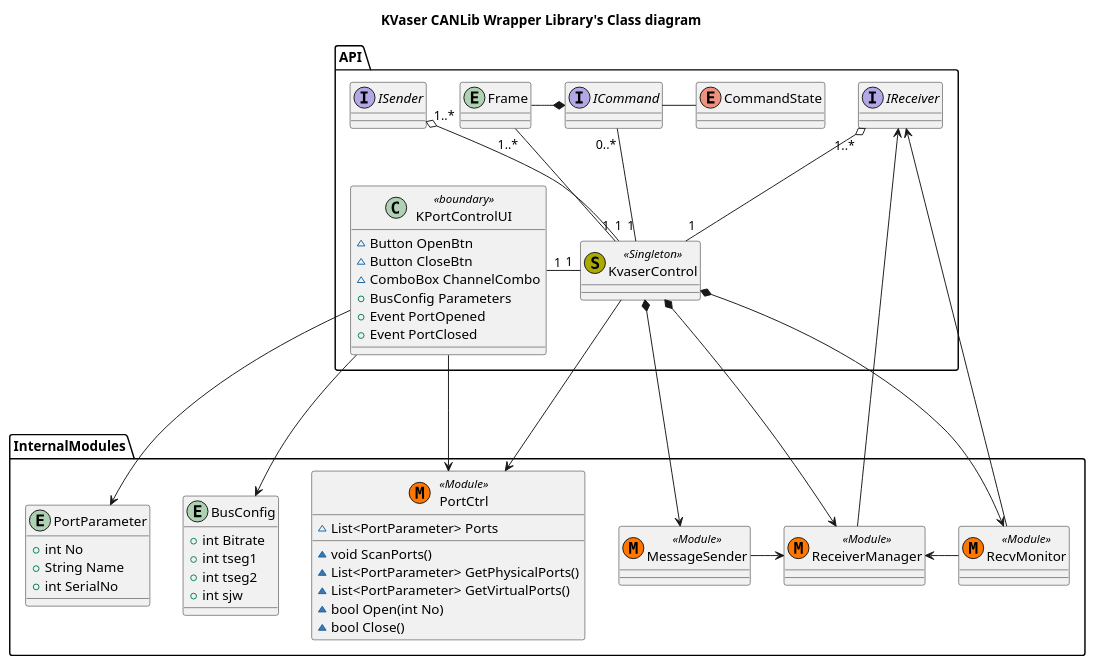
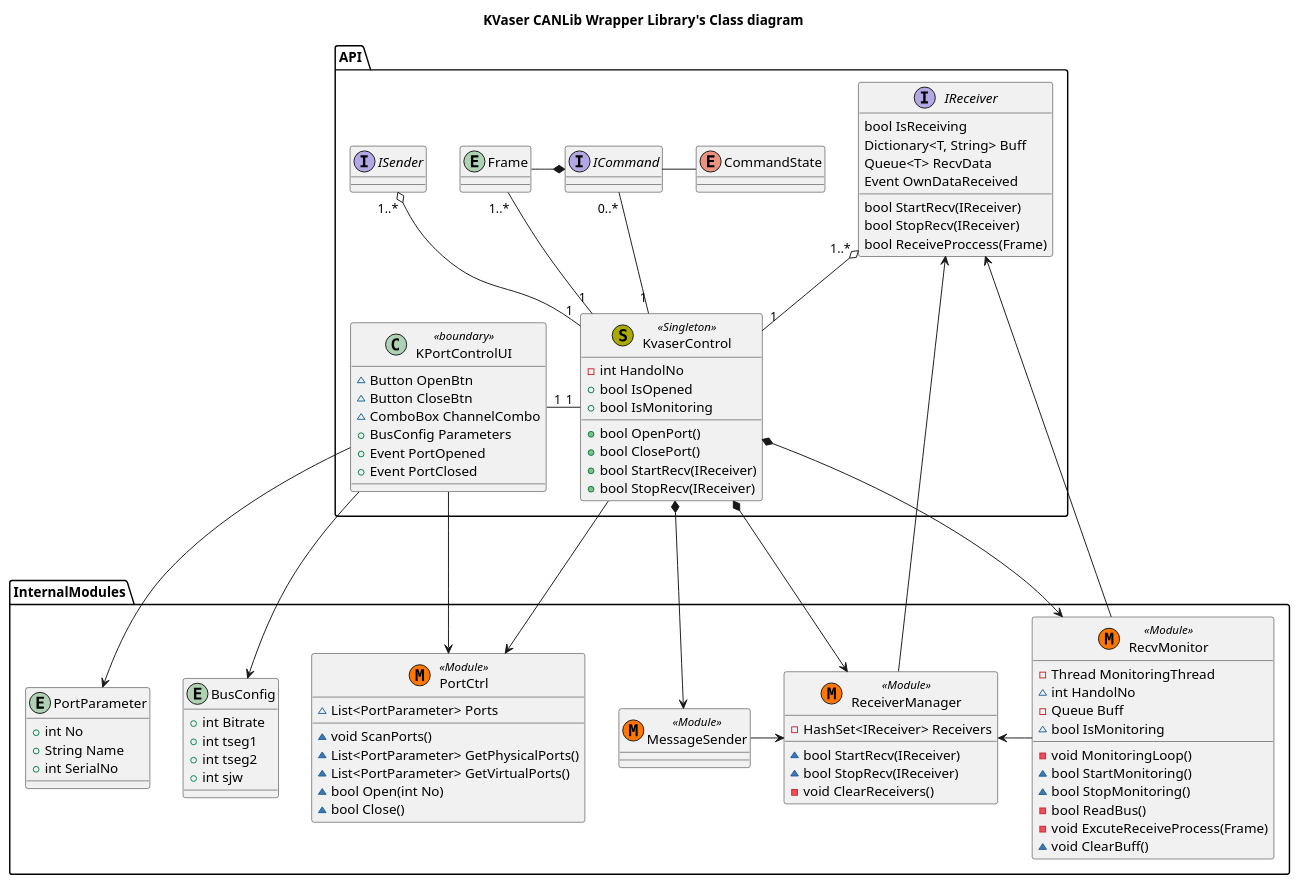
The diagram in docs/Class.wsd (hiratashinnya/KvaserCANLib), drawn with PlantUML before and after one commit.

Commit message:
[docs][class][追加]受信処理追加
受信の開始・終了や受信データ処理を追加

```diff
--- a/docs/Class.wsd
+++ b/docs/Class.wsd
@@ -1,105 +1,129 @@
 @startuml
 
 title "KVaser CANLib Wrapper Library's Class diagram"
 
 package API{
 
     class KPortControlUI<<boundary>>{
         ~Button OpenBtn
         ~Button CloseBtn
         ~ComboBox ChannelCombo
         +BusConfig Parameters
         +Event PortOpened
         +Event PortClosed
     }
 
     class KvaserControl<< (S, #AAAA00) Singleton>>{
-
+        -int HandolNo
+        +bool IsOpened
+        +bool IsMonitoring
+        +bool OpenPort()
+        +bool ClosePort()
+        +bool StartRecv(IReceiver)
+        +bool StopRecv(IReceiver)
     }
 
     entity Frame{
 
     }
 
     Interface IReceiver{
-
+        bool IsReceiving
+        Dictionary<T, String> Buff
+        Queue<T> RecvData
+        Event OwnDataReceived
+        bool StartRecv(IReceiver)
+        bool StopRecv(IReceiver)
+        bool ReceiveProccess(Frame)
     }
 
     Interface ICommand{
 
     }
 
     Enum CommandState{
 
     }
 
     Interface ISender{
 
     }
 
     KPortControlUI "1" -l "1" KvaserControl
 
     KvaserControl "1" -l "1..*" Frame
     KvaserControl "1" -u-o "1..*" IReceiver
     KvaserControl "1" -u-o "1..*" ISender
     KvaserControl "1" -u- "0..*" ICommand
 
     ICommand - CommandState
     ICommand *-l Frame
 }
 
 package InternalModules{
     class PortCtrl<< (M, #FF7700) Module>>{
         ~{field} List<PortParameter> Ports
         ~void ScanPorts()
         ~List<PortParameter> GetPhysicalPorts()
         ~List<PortParameter> GetVirtualPorts()
         ~bool Open(int No)
         ~bool Close()
     }
 
     entity BusConfig{
         +int Bitrate
         +int tseg1
         +int tseg2
         +int sjw
     }
 
     entity PortParameter{
         +int No
         +String Name
         +int SerialNo
     }
 
     class RecvMonitor<< (M, #FF7700) Module>>{
-
+        -Thread MonitoringThread
+        ~int HandolNo
+        -Queue Buff
+        ~bool IsMonitoring
+        -void MonitoringLoop()
+        ~bool StartMonitoring()
+        ~bool StopMonitoring()
+        -bool ReadBus()
+        -void ExcuteReceiveProcess(Frame)
+        ~void ClearBuff()
     }
 
     class ReceiverManager<< (M, #FF7700) Module>>{
-
+        -HashSet<IReceiver> Receivers
+        ~bool StartRecv(IReceiver)
+        ~bool StopRecv(IReceiver)
+        -void ClearReceivers()
     }
 
     class MessageSender<< (M, #FF7700) Module>>{
 
     }
 
     RecvMonitor -l> ReceiverManager
     MessageSender -> ReceiverManager
 }
 
 
 KPortControlUI ---> PortCtrl
 KPortControlUI --> PortParameter
 KPortControlUI --> BusConfig
 
 KvaserControl ---> PortCtrl
 KvaserControl *---> RecvMonitor
 KvaserControl *---> ReceiverManager
 KvaserControl *---> MessageSender
 
 IReceiver <-- ReceiverManager
 IReceiver <-- RecvMonitor
 
 
 
 @enduml
```
